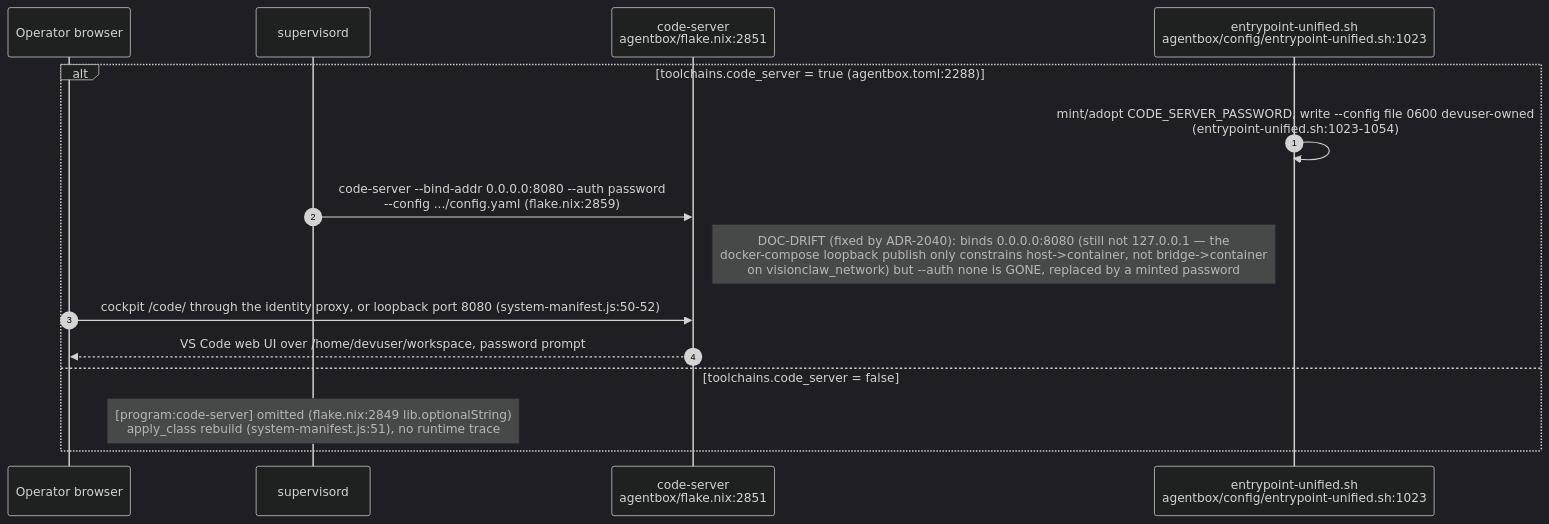
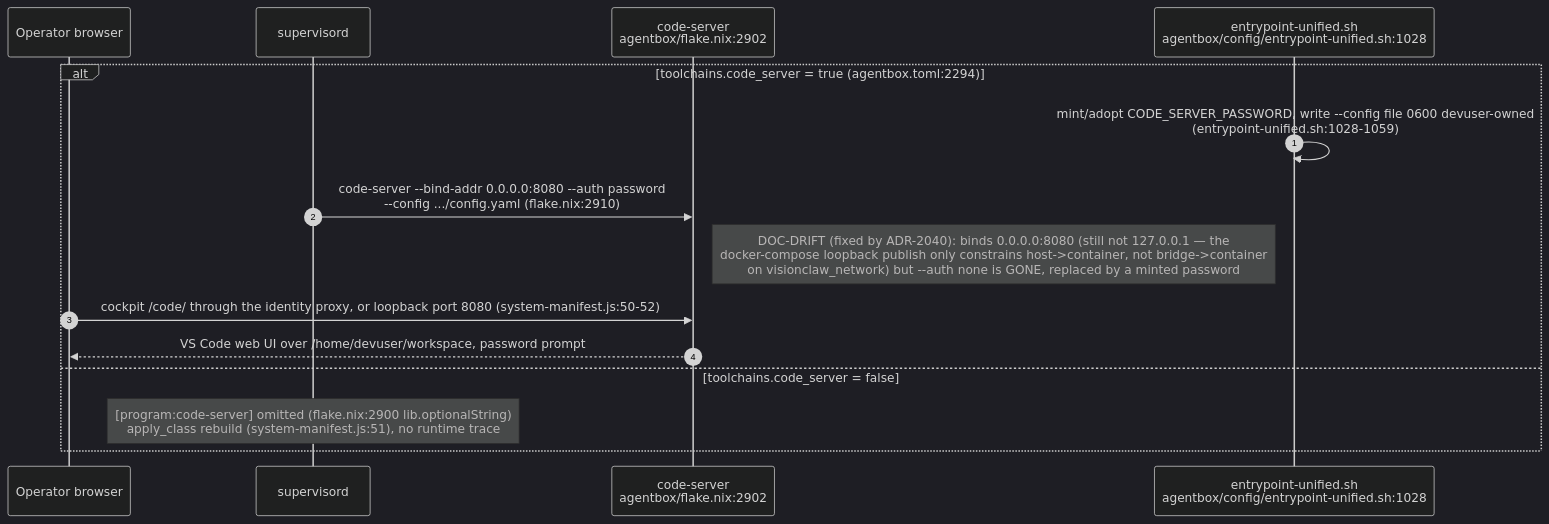
One commit to DreamLab-AI/VisionFlow changed the sixth of 14 diagrams in docs/diagrams/agentbox/27-media-gpu-capability-services.md. Above: the diagram before and after it, drawn with Mermaid (dark theme). The commit also changed other lines of this file and 36 other files, not shown here.

First line of the commit message:
docs(diagrams): re-derive and re-stamp agentbox, dream-engine, visioncraft, visiontouch and vowl topics; drop LAN addresses

````diff
--- a/docs/diagrams/agentbox/27-media-gpu-capability-services.md
+++ b/docs/diagrams/agentbox/27-media-gpu-capability-services.md
@@ -213,18 +213,18 @@
 ```mermaid
 sequenceDiagram
     autonumber
     participant Op as Operator browser
     participant Sup as supervisord
-    participant CS as code-server<br/>agentbox/flake.nix:2851
-    participant Entry as entrypoint-unified.sh<br/>agentbox/config/entrypoint-unified.sh:1023
+    participant CS as code-server<br/>agentbox/flake.nix:2902
+    participant Entry as entrypoint-unified.sh<br/>agentbox/config/entrypoint-unified.sh:1028
 
-    alt toolchains.code_server = true (agentbox.toml:2288)
-        Entry->>Entry: mint/adopt CODE_SERVER_PASSWORD, write --config file 0600 devuser-owned<br/>(entrypoint-unified.sh:1023-1054)
-        Sup->>CS: code-server --bind-addr 0.0.0.0:8080 --auth password<br/>--config .../config.yaml (flake.nix:2859)
+    alt toolchains.code_server = true (agentbox.toml:2294)
+        Entry->>Entry: mint/adopt CODE_SERVER_PASSWORD, write --config file 0600 devuser-owned<br/>(entrypoint-unified.sh:1028-1059)
+        Sup->>CS: code-server --bind-addr 0.0.0.0:8080 --auth password<br/>--config .../config.yaml (flake.nix:2910)
         Note right of CS: DOC-DRIFT (fixed by ADR-2040): binds 0.0.0.0:8080 (still not 127.0.0.1 — the<br/>docker-compose loopback publish only constrains host->container, not bridge->container<br/>on visionclaw_network) but --auth none is GONE, replaced by a minted password
         Op->>CS: cockpit /code/ through the identity proxy, or loopback port 8080 (system-manifest.js:50-52)
         CS-->>Op: VS Code web UI over /home/devuser/workspace, password prompt
     else toolchains.code_server = false
-        Note over Sup: [program:code-server] omitted (flake.nix:2849 lib.optionalString)<br/>apply_class rebuild (system-manifest.js:51), no runtime trace
+        Note over Sup: [program:code-server] omitted (flake.nix:2900 lib.optionalString)<br/>apply_class rebuild (system-manifest.js:51), no runtime trace
     end
 ```
````
